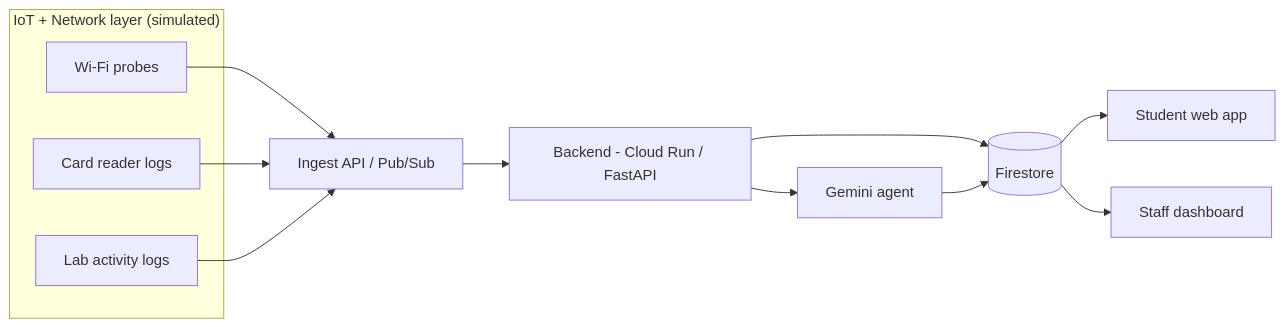
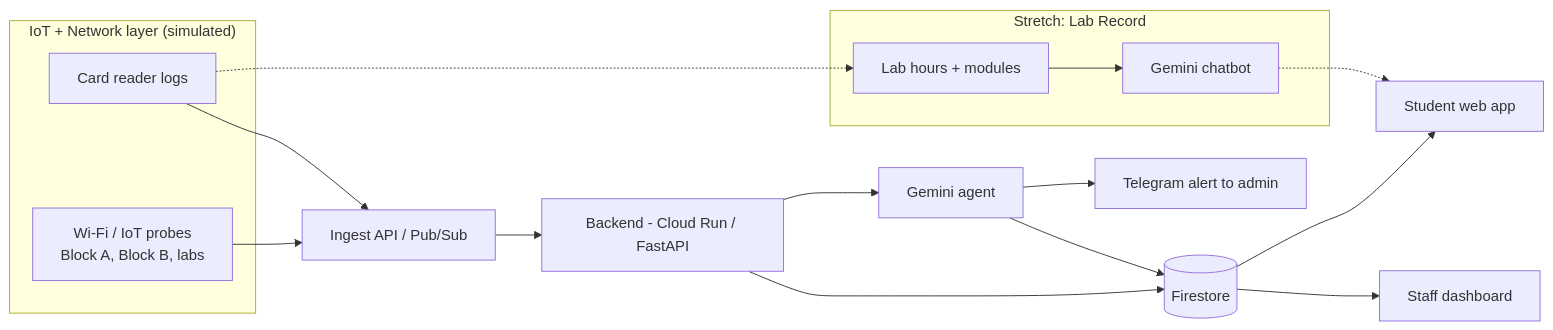
One commit to koguuu/apu-cloud-innovation-hackathon-2026-zer0-track-cloud changed the diagram in docs/architecture.md. Above: the diagram before and after it, drawn with Mermaid. The commit also changed other lines of this file and 9 other files, not shown here.

Commit message:
Update docs for Campus Health core scope, Telegram alert and Raja demo story

````diff
--- a/docs/architecture.md
+++ b/docs/architecture.md
@@ -7,17 +7,21 @@
 ```mermaid
 flowchart LR
   subgraph SIM["IoT + Network layer (simulated)"]
-    P[Wi-Fi probes]
+    P[Wi-Fi / IoT probes<br/>Block A, Block B, labs]
     C[Card reader logs]
-    L[Lab activity logs]
   end
   P --> I[Ingest API / Pub/Sub]
   C --> I
-  L --> I
   I --> B[Backend - Cloud Run / FastAPI]
   B --> DB[(Firestore)]
   B --> G[Gemini agent]
   G --> DB
+  G --> TG[Telegram alert to admin]
   DB --> S[Student web app]
   DB --> T[Staff dashboard]
+  subgraph STRETCH["Stretch: Lab Record"]
+    L[Lab hours + modules] --> CB[Gemini chatbot]
+  end
+  C -.-> L
+  CB -.-> S
 ```
````
